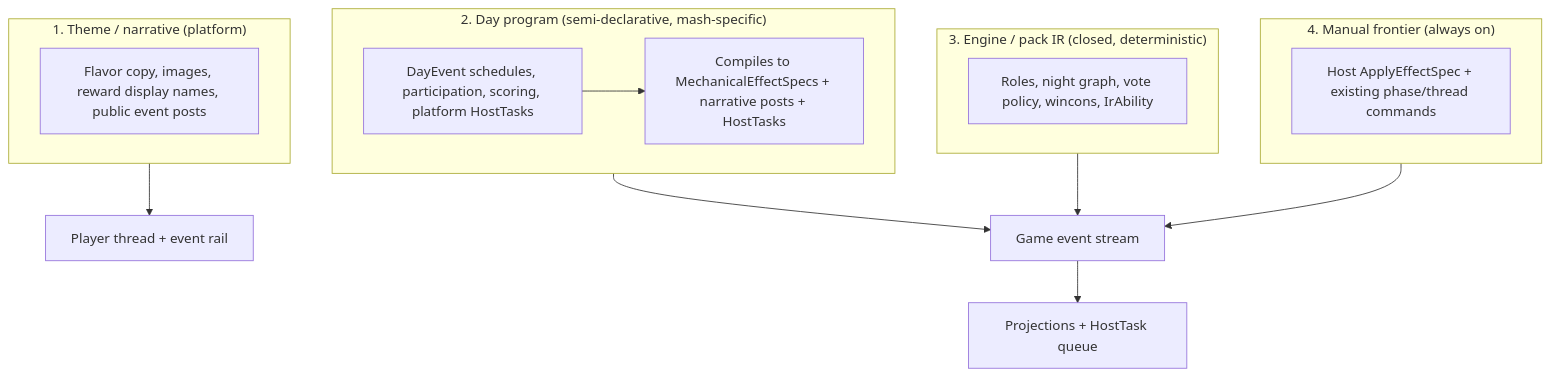
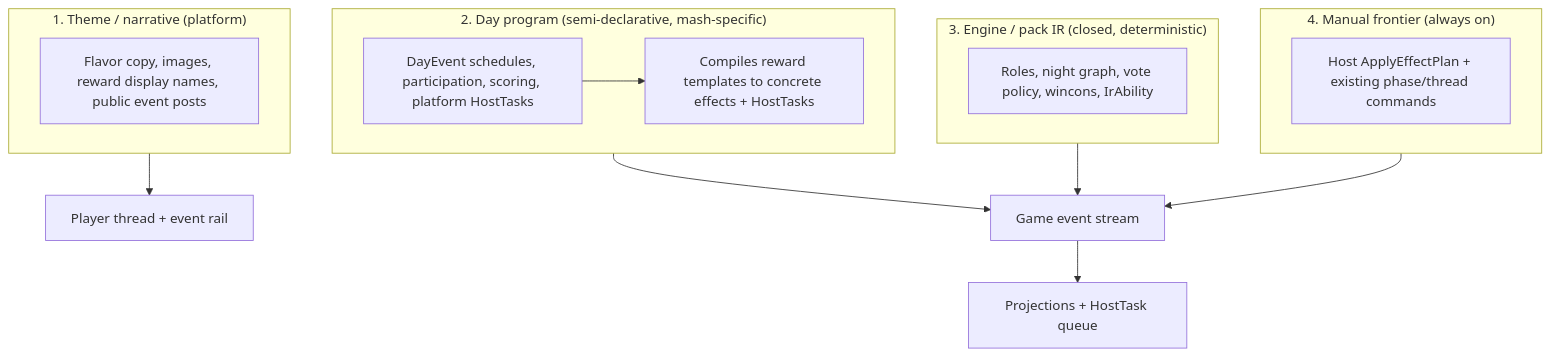
Before and after one commit to fluffyrabbot/fmarch: the first of 4 diagrams in docs/arch/14-mash-and-manual-frontier.md, drawn with Mermaid. The commit also changed other lines of this file, not shown here.

````diff
--- a/docs/arch/14-mash-and-manual-frontier.md
+++ b/docs/arch/14-mash-and-manual-frontier.md
@@ -178,21 +179,21 @@
 ```mermaid
 flowchart TB
   subgraph L1["1. Theme / narrative (platform)"]
     T[Flavor copy, images, reward display names, public event posts]
   end
   subgraph L2["2. Day program (semi-declarative, mash-specific)"]
     P[DayEvent schedules, participation, scoring, platform HostTasks]
-    P --> C[Compiles to MechanicalEffectSpecs + narrative posts + HostTasks]
+    P --> C[Compiles reward templates to concrete effects + HostTasks]
   end
   subgraph L3["3. Engine / pack IR (closed, deterministic)"]
     E[Roles, night graph, vote policy, wincons, IrAbility]
   end
   subgraph L4["4. Manual frontier (always on)"]
-    M[Host ApplyEffectSpec + existing phase/thread commands]
+    M[Host ApplyEffectPlan + existing phase/thread commands]
   end
   L1 --> PlayerUX[Player thread + event rail]
   L2 --> Stream[Game event stream]
   L3 --> Stream
   L4 --> Stream
   Stream --> Proj[Projections + HostTask queue]
 ```
````
